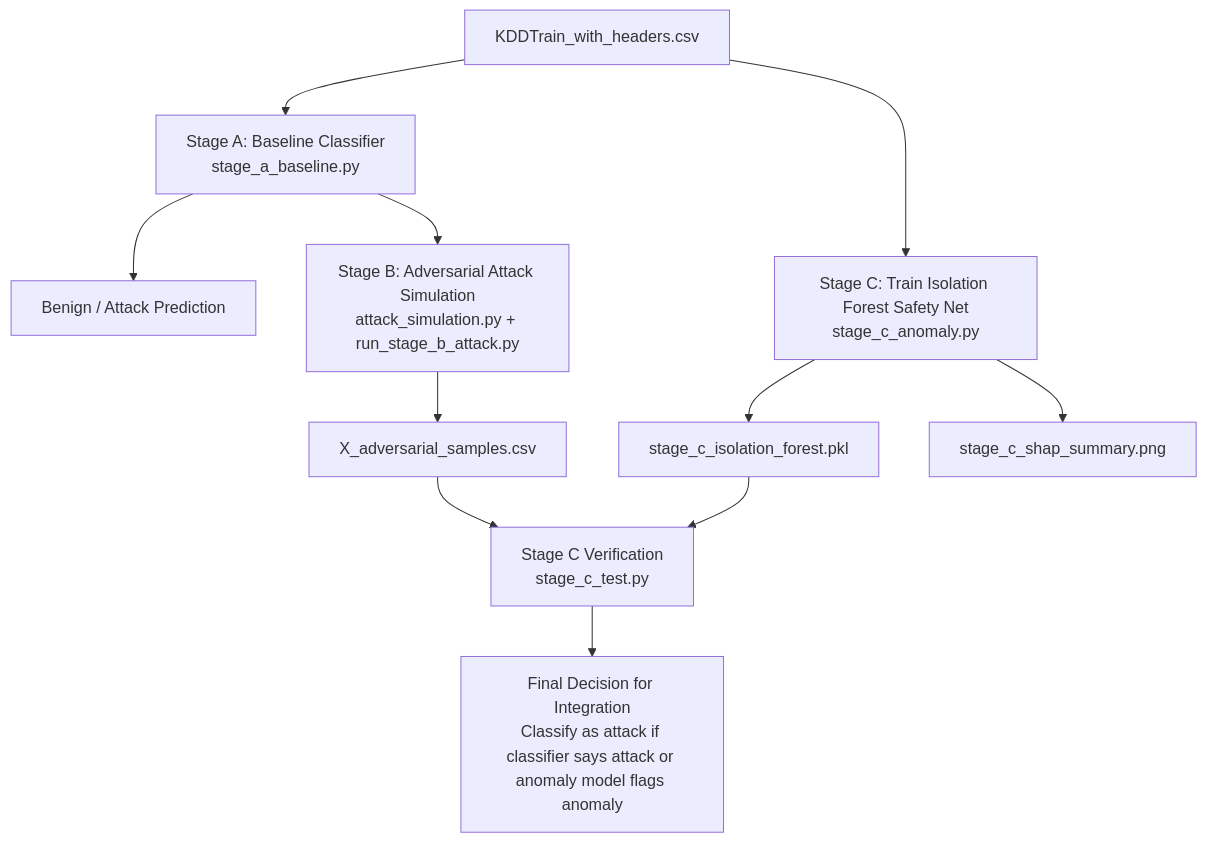
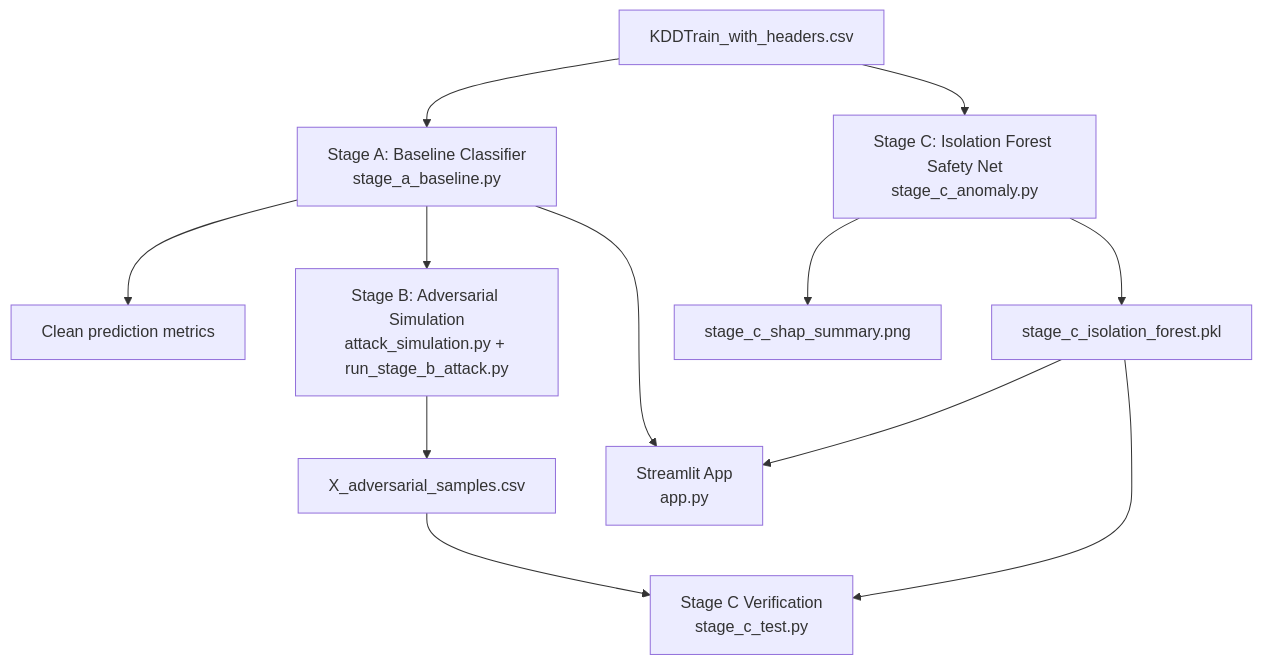
One commit to TeapotChimera418/Netreaper changed the diagram in README.md. Above: the diagram before and after it, drawn with Mermaid. The commit also changed other lines of this file and 2 other files, not shown here.

````diff
--- a/README.md
+++ b/README.md
@@ -7,13 +7,14 @@
 ```mermaid
 flowchart TD
 		A[KDDTrain_with_headers.csv] --> B[Stage A: Baseline Classifier\nstage_a_baseline.py]
-		B --> C[Benign / Attack Prediction]
-		B --> D[Stage B: Adversarial Attack Simulation\nattack_simulation.py + run_stage_b_attack.py]
+		B --> C[Clean prediction metrics]
+		B --> D[Stage B: Adversarial Simulation\nattack_simulation.py + run_stage_b_attack.py]
 		D --> E[X_adversarial_samples.csv]
-		A --> F[Stage C: Train Isolation Forest Safety Net\nstage_c_anomaly.py]
+		A --> F[Stage C: Isolation Forest Safety Net\nstage_c_anomaly.py]
 		F --> G[stage_c_isolation_forest.pkl]
 		F --> H[stage_c_shap_summary.png]
 		E --> I[Stage C Verification\nstage_c_test.py]
 		G --> I
-		I --> J[Final Decision for Integration\nClassify as attack if classifier says attack or anomaly model flags anomaly]
+		B --> J[Streamlit App\napp.py]
+		G --> J
 ```
````
